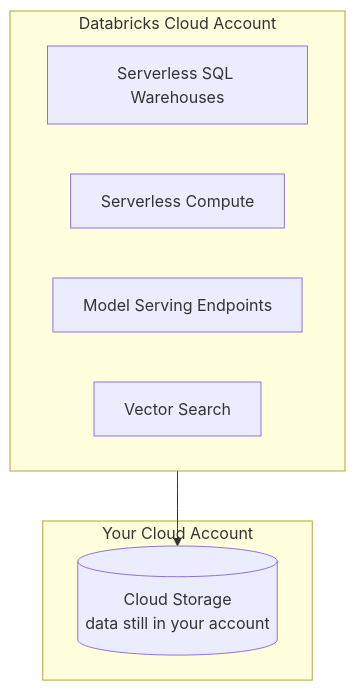
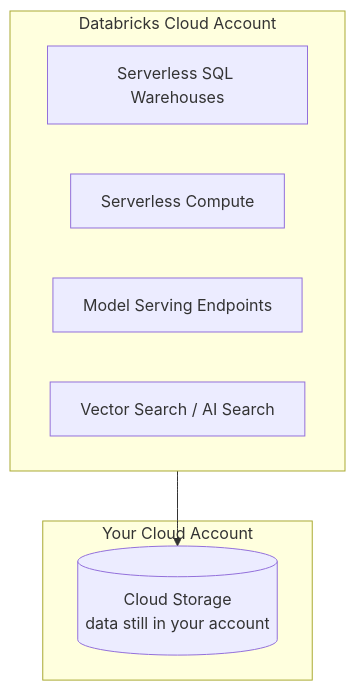
One commit to kengio/databricks-certification-study-guide changed the third of 11 diagrams in shared/fundamentals/platform-architecture.md. Above: the diagram before and after it, drawn with Mermaid. The commit also changed 55 other files, not shown here.

````diff
--- a/shared/fundamentals/platform-architecture.md
+++ b/shared/fundamentals/platform-architecture.md
@@ -115,15 +115,15 @@
 ```mermaid
 flowchart TB
     subgraph DatabricksAccount["Databricks Cloud Account"]
         SSQL[Serverless SQL Warehouses]
         SC[Serverless Compute]
         MS[Model Serving Endpoints]
-        VS[Vector Search]
+        VS[Vector Search / AI Search]
     end
 
     subgraph YourAccount["Your Cloud Account"]
         Storage[(Cloud Storage<br/>data still in your account)]
     end
 
     DatabricksAccount --> Storage
 ```
````
